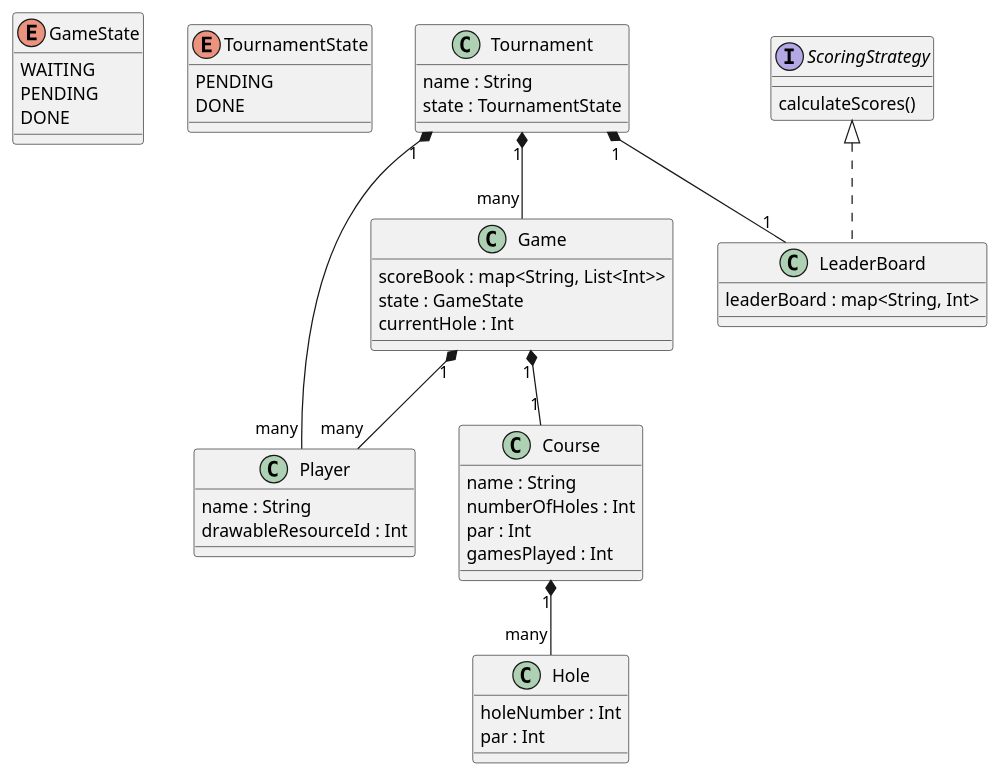
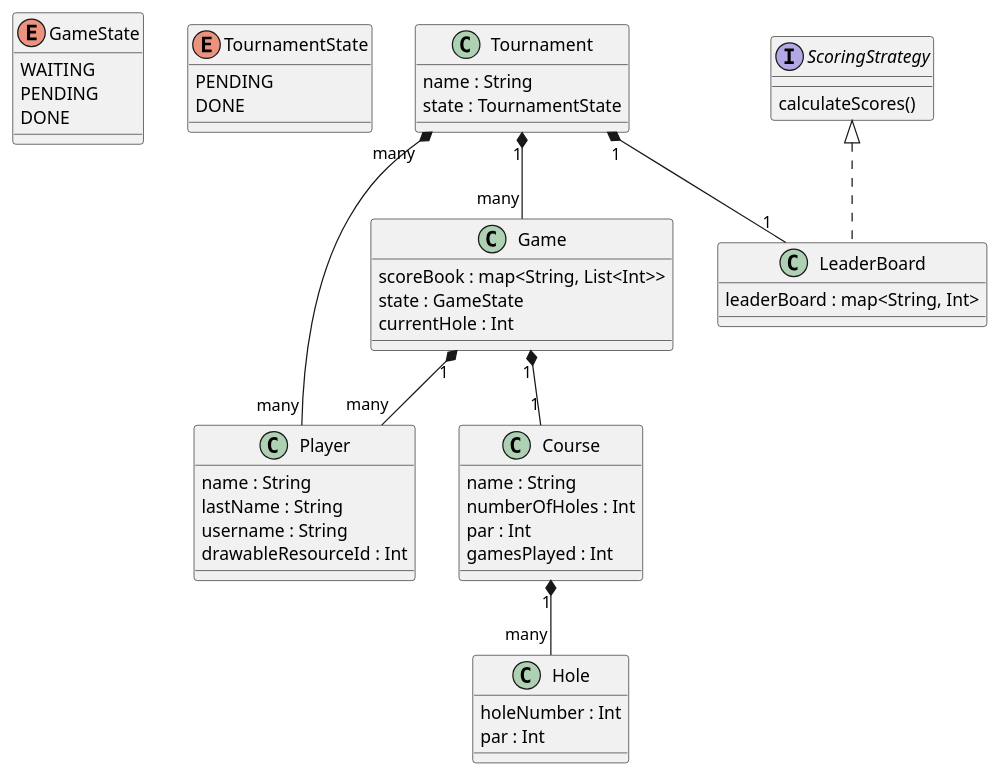
The diagram in class_diagram.puml (MindeurFou/golfbook-backend), drawn with PlantUML before and after one commit.

```diff
--- a/class_diagram.puml
+++ b/class_diagram.puml
@@ -1,60 +1,62 @@
 @startuml
 'https://plantuml.com/class-diagram
 
 enum GameState {
     WAITING
     PENDING
     DONE
 }
 
 enum TournamentState {
     PENDING
     DONE
 }
 
 class Player {
     name : String
+    lastName : String
+    username : String
     drawableResourceId : Int
 }
 
 interface ScoringStrategy {
     calculateScores()
 }
 
 class LeaderBoard {
     leaderBoard : map<String, Int>
 }
 
 class Tournament {
     name : String
     state : TournamentState
 }
 
 class Game {
     scoreBook : map<String, List<Int>>
     state : GameState
     currentHole : Int
 }
 
 class Course {
     name : String
     numberOfHoles : Int
     par : Int
     gamesPlayed : Int
 }
 
 class Hole {
     holeNumber : Int
     par : Int
 }
 
 Course "1" *-- "many" Hole
 Game "1" *-- "many" Player
 Game "1" *-- "1" Course
 Tournament "1" *-- "many" Game
-Tournament "1" *-- "many" Player
+Tournament "many" *-- "many" Player
 Tournament "1" *-- "1" LeaderBoard
 ScoringStrategy <|.. LeaderBoard
 
 
 @enduml
```
